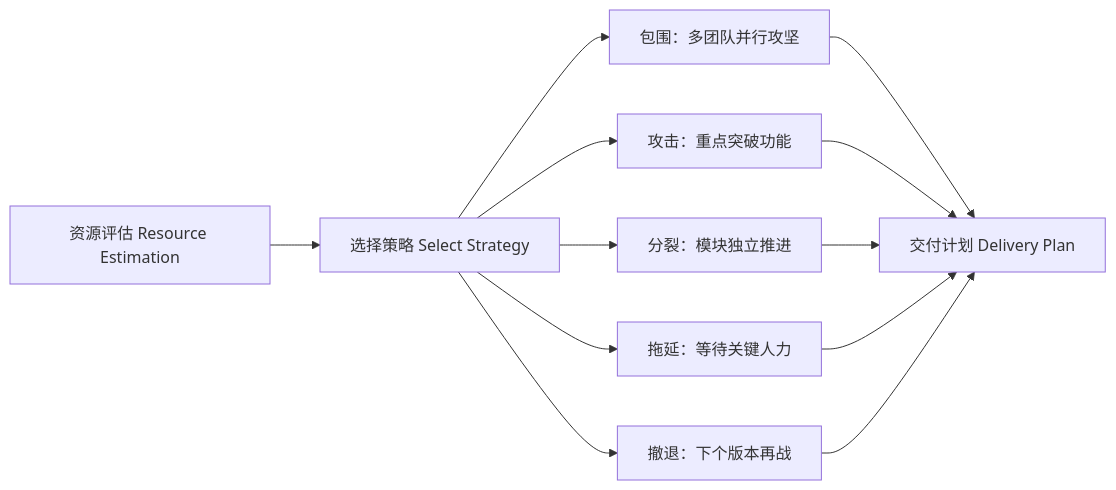
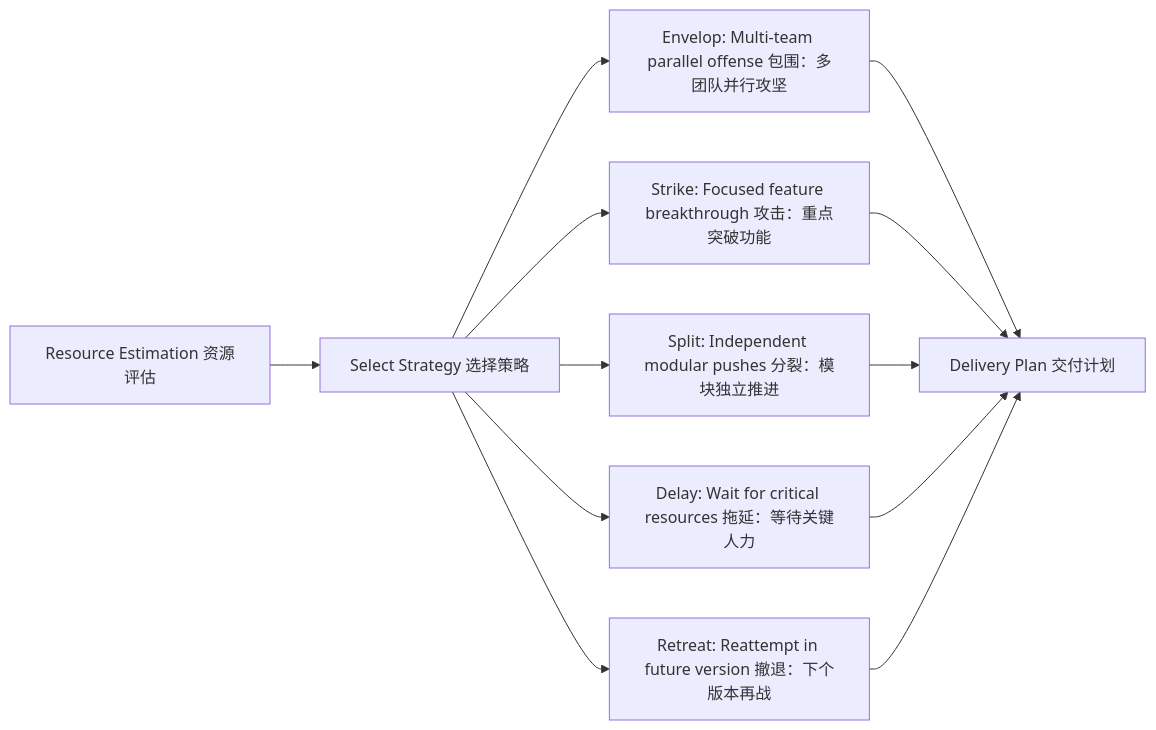
The diagram in 第二篇：作战篇 Waging War.md (uwspstar/The-Programmer-s-Art-of-War), drawn with Mermaid before and after one commit.

Commit message:
Update 第二篇：作战篇 Waging War.md

````diff
--- a/第二篇：作战篇 Waging War.md
+++ b/第二篇：作战篇 Waging War.md
@@ -114,11 +114,11 @@
 ```mermaid
 flowchart LR
-    A[资源评估 Resource Estimation] --> B[选择策略 Select Strategy]
-    B --> C1[包围：多团队并行攻坚]
-    B --> C2[攻击：重点突破功能]
-    B --> C3[分裂：模块独立推进]
-    B --> C4[拖延：等待关键人力]
-    B --> C5[撤退：下个版本再战]
+    A[Resource Estimation 资源评估] --> B[Select Strategy 选择策略]
+    B --> C1[Envelop: Multi-team parallel offense 包围：多团队并行攻坚]
+    B --> C2[Strike: Focused feature breakthrough 攻击：重点突破功能]
+    B --> C3[Split: Independent modular pushes 分裂：模块独立推进]
+    B --> C4[Delay: Wait for critical resources 拖延：等待关键人力]
+    B --> C5[Retreat: Reattempt in future version 撤退：下个版本再战]
 
-    C1 & C2 & C3 & C4 & C5 --> D[交付计划 Delivery Plan]
+    C1 & C2 & C3 & C4 & C5 --> D[Delivery Plan 交付计划]
 ```
````
